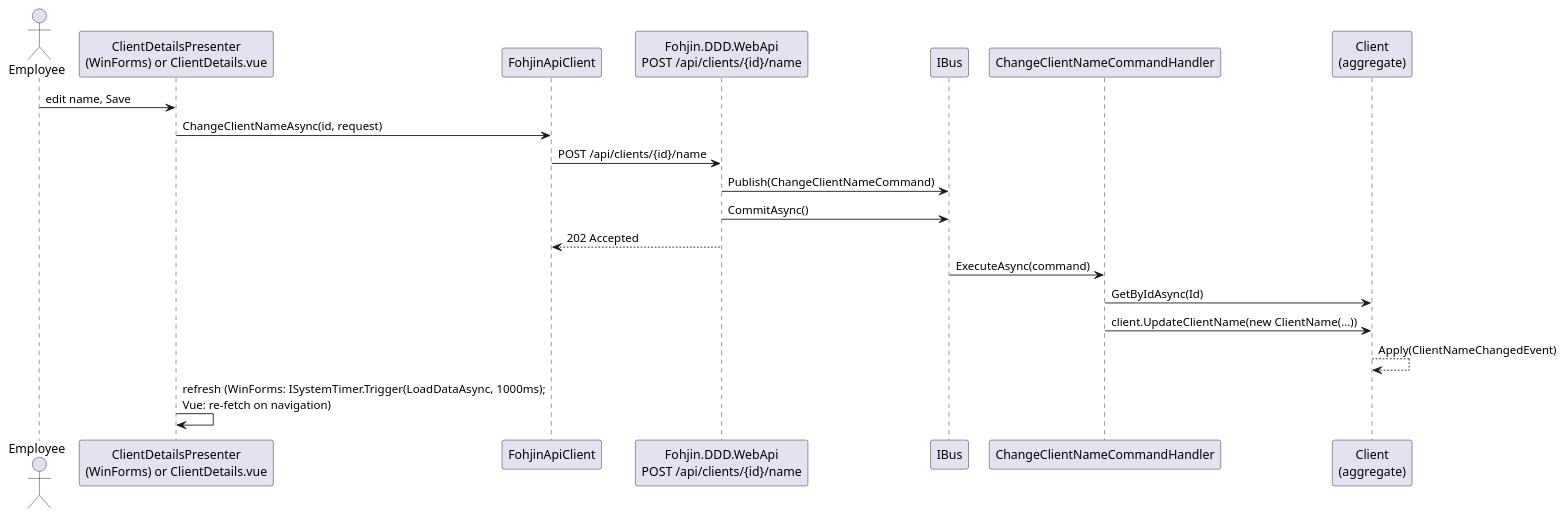
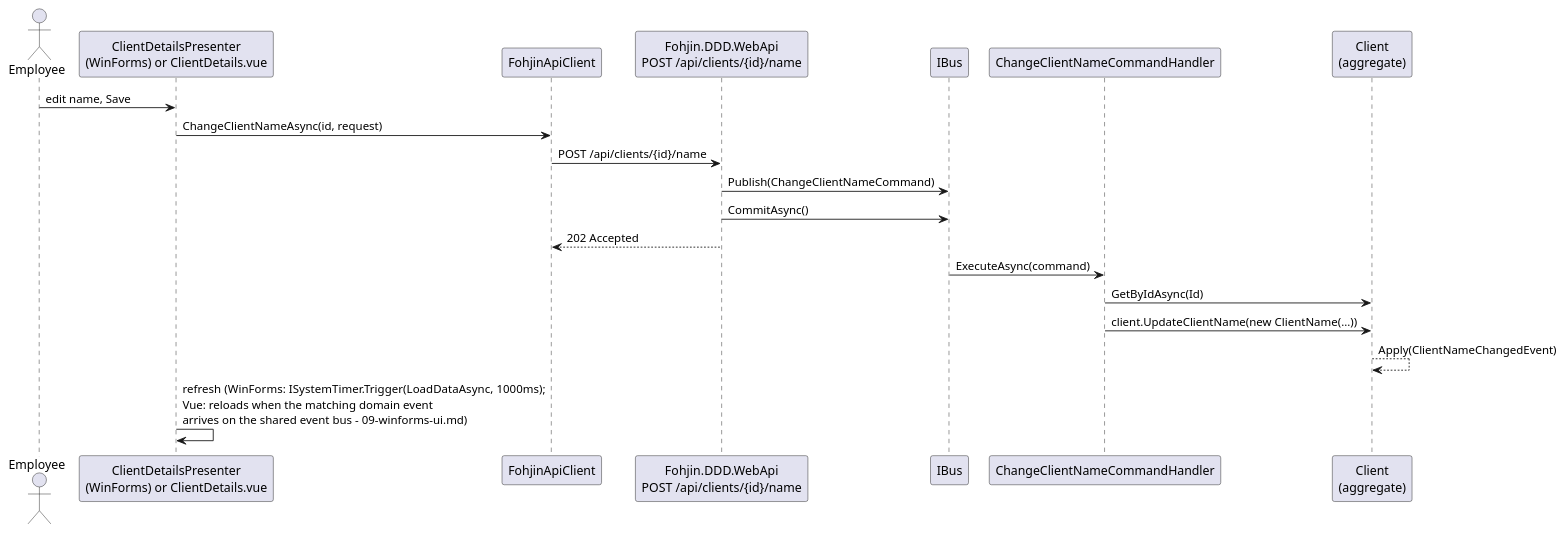
Before and after one commit to Mwwhited-BookLearning/fohjin-cqrs: the third of 3 diagrams in docs/01-client-management.md, drawn with PlantUML. The commit also changed other lines of this file and 4 other files, not shown here.

First line of the commit message:
Update docs for the client-side event bus and AggregateId fix

````diff
--- a/docs/01-client-management.md
+++ b/docs/01-client-management.md
@@ -141,23 +142,23 @@
 ```plantuml
 @startuml
 actor Employee
 participant "ClientDetailsPresenter\n(WinForms) or ClientDetails.vue" as Client
 participant "FohjinApiClient" as ApiClient
 participant "Fohjin.DDD.WebApi\nPOST /api/clients/{id}/name" as Endpoint
 participant "IBus" as Bus
 participant "ChangeClientNameCommandHandler" as Handler
 participant "Client\n(aggregate)" as Aggregate
 
 Employee -> Client : edit name, Save
 Client -> ApiClient : ChangeClientNameAsync(id, request)
 ApiClient -> Endpoint : POST /api/clients/{id}/name
 Endpoint -> Bus : Publish(ChangeClientNameCommand)
 Endpoint -> Bus : CommitAsync()
 Endpoint --> ApiClient : 202 Accepted
 Bus -> Handler : ExecuteAsync(command)
 Handler -> Aggregate : GetByIdAsync(Id)
 Handler -> Aggregate : client.UpdateClientName(new ClientName(...))
 Aggregate --> Aggregate : Apply(ClientNameChangedEvent)
-Client -> Client : refresh (WinForms: ISystemTimer.Trigger(LoadDataAsync, 1000ms);\nVue: re-fetch on navigation)
+Client -> Client : refresh (WinForms: ISystemTimer.Trigger(LoadDataAsync, 1000ms);\nVue: reloads when the matching domain event\narrives on the shared event bus - 09-winforms-ui.md)
 @enduml
 ```
````
